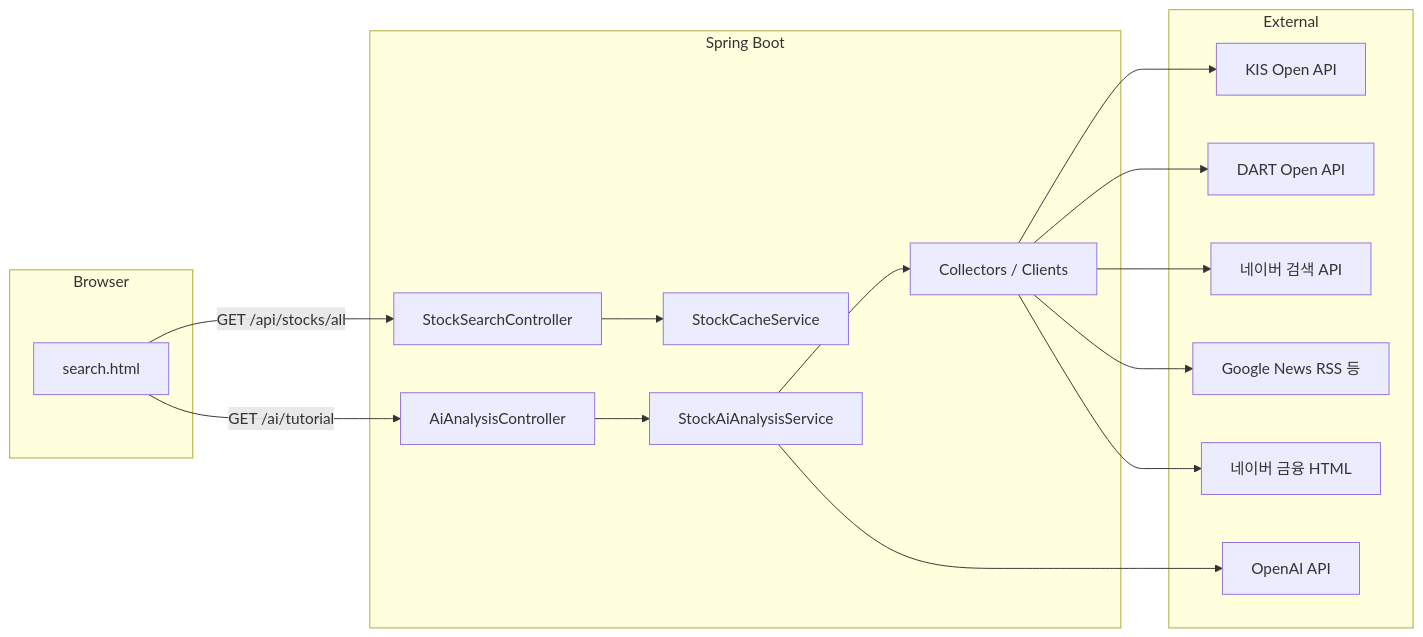
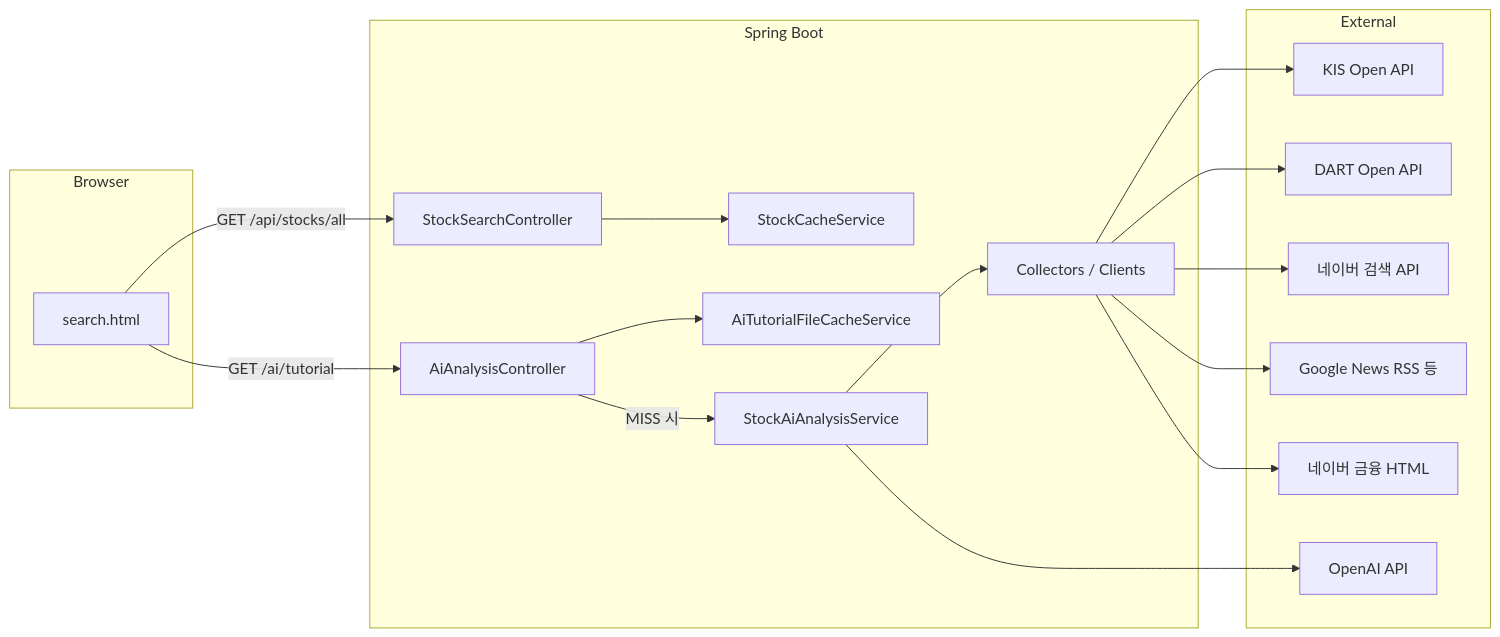
The diagram in DESIGN.md (bsos1202-dot/SignalScope), drawn with Mermaid before and after one commit. The commit also changed other lines of this file and 9 other files, not shown here.

First line of the commit message:
feat(ai): add per-stock tutorial file cache with TTL and ops docs

````diff
--- a/DESIGN.md
+++ b/DESIGN.md
@@ -19,32 +19,34 @@
 ```mermaid
 flowchart LR
   subgraph client [Browser]
     UI[search.html]
   end
   subgraph server [Spring Boot]
     SC[StockSearchController]
     AC[AiAnalysisController]
+    TFC[AiTutorialFileCacheService]
     SCS[StockCacheService]
     SAS[StockAiAnalysisService]
     COL[Collectors / Clients]
   end
   subgraph external [External]
     KIS[KIS Open API]
     DART[DART Open API]
     NAVER[네이버 검색 API]
     GOOG[Google News RSS 등]
     NAVER_FIN[네이버 금융 HTML]
     OAI[OpenAI API]
   end
   UI -->|GET /api/stocks/all| SC
   SC --> SCS
   UI -->|GET /ai/tutorial| AC
-  AC --> SAS
+  AC --> TFC
+  AC -->|MISS 시| SAS
   SAS --> COL
   COL --> KIS
   COL --> DART
   COL --> NAVER
   COL --> GOOG
   COL --> NAVER_FIN
   SAS --> OAI
 ```
````
